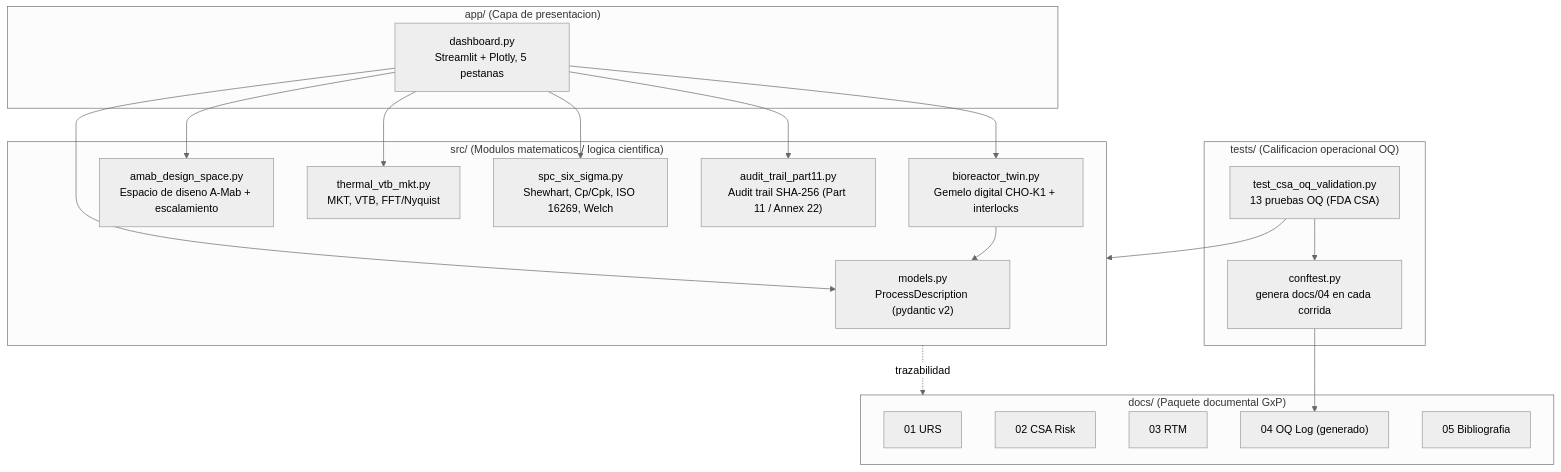
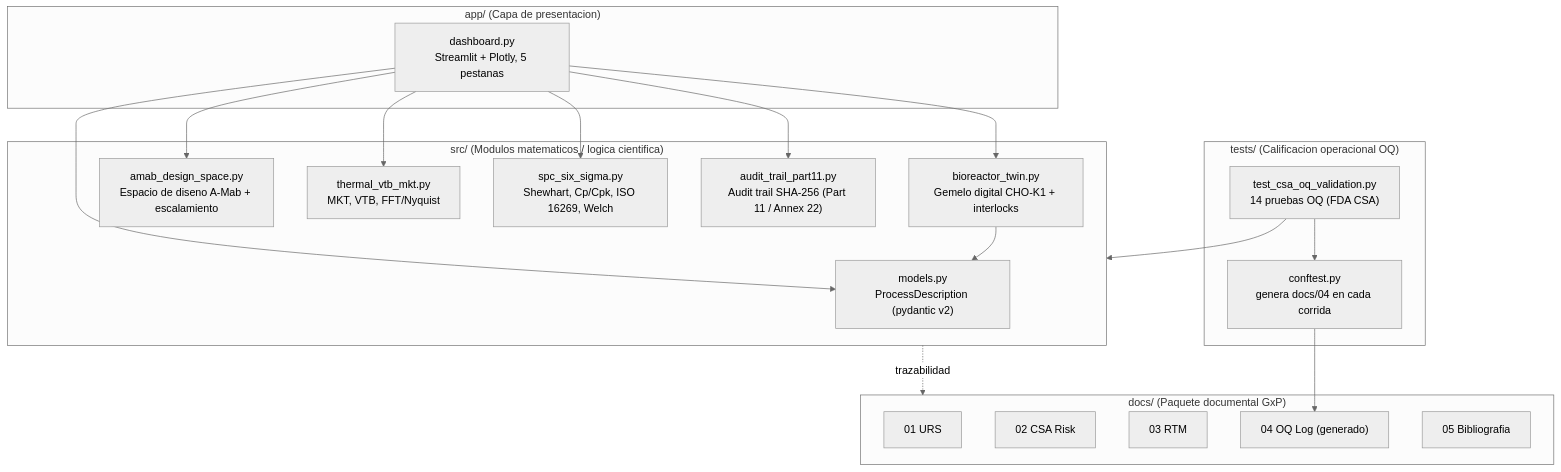
The diagram in README.md (alehernann/bioprocesos-PROJECT), drawn with Mermaid (neutral theme) before and after one commit. The commit also changed other lines of this file and 12 other files, not shown here.

````diff
--- a/README.md
+++ b/README.md
@@ -23,41 +23,41 @@
 ```mermaid
 flowchart TD
     subgraph app["app/ (Capa de presentacion)"]
         DASH["dashboard.py\nStreamlit + Plotly, 5 pestanas"]
     end
 
     subgraph src["src/ (Modulos matematicos / logica cientifica)"]
         MODELS["models.py\nProcessDescription (pydantic v2)"]
         TWIN["bioreactor_twin.py\nGemelo digital CHO-K1 + interlocks"]
         AMAB["amab_design_space.py\nEspacio de diseno A-Mab + escalamiento"]
         THERMAL["thermal_vtb_mkt.py\nMKT, VTB, FFT/Nyquist"]
         SPC["spc_six_sigma.py\nShewhart, Cp/Cpk, ISO 16269, Welch"]
         AUDIT["audit_trail_part11.py\nAudit trail SHA-256 (Part 11 / Annex 22)"]
     end
 
     subgraph tests["tests/ (Calificacion operacional OQ)"]
         CONF["conftest.py\ngenera docs/04 en cada corrida"]
-        TOQ["test_csa_oq_validation.py\n13 pruebas OQ (FDA CSA)"]
+        TOQ["test_csa_oq_validation.py\n14 pruebas OQ (FDA CSA)"]
     end
 
     subgraph docs["docs/ (Paquete documental GxP)"]
         D1["01 URS"]
         D2["02 CSA Risk"]
         D3["03 RTM"]
         D4["04 OQ Log (generado)"]
         D5["05 Bibliografia"]
     end
 
     DASH --> MODELS
     DASH --> TWIN
     DASH --> AMAB
     DASH --> THERMAL
     DASH --> SPC
     DASH --> AUDIT
 
     TWIN --> MODELS
     TOQ --> src
     CONF --> D4
     TOQ --> CONF
     src -. trazabilidad .-> docs
 ```
````
